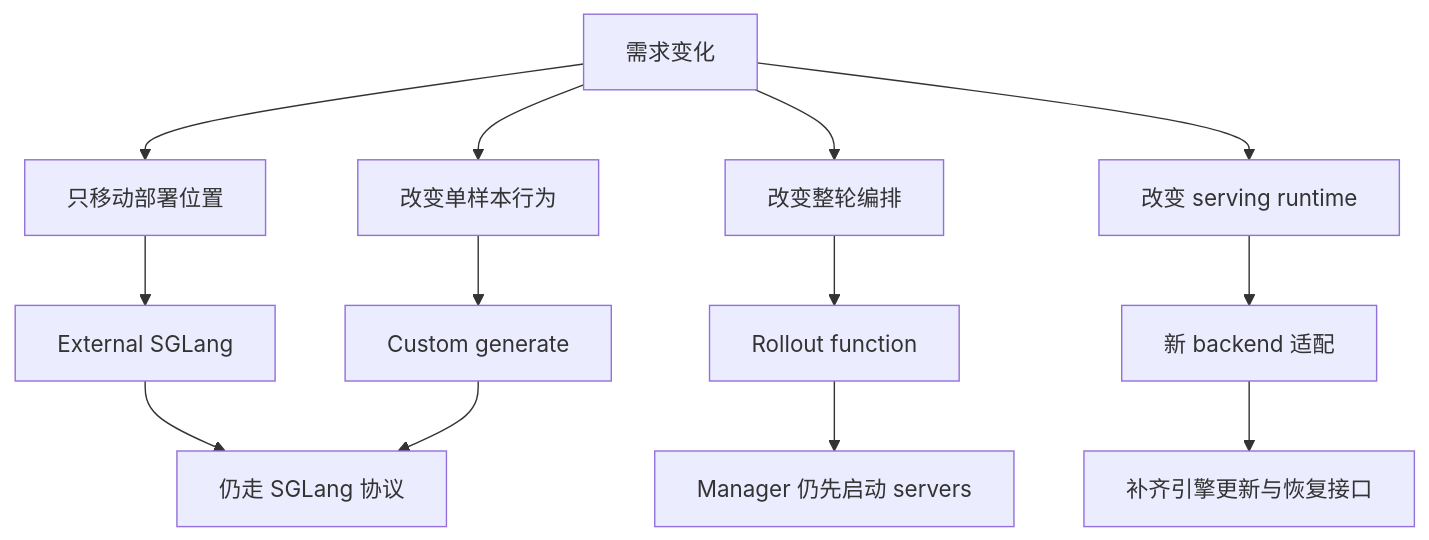
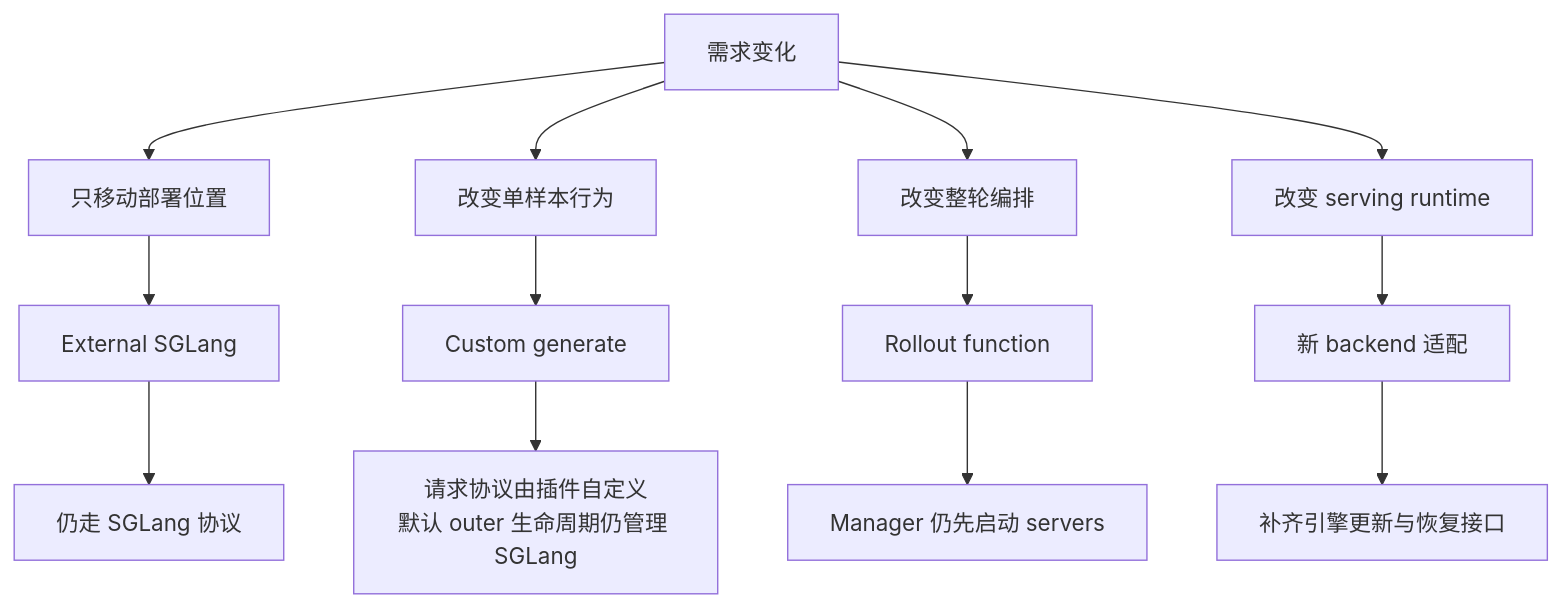
Before and after one commit to suhaibo666/llm-knowledge: the first of 2 diagrams in wiki/02_engineering/04_posttrain_frameworks/slime/19_slime_rollout_backend_extension_analysis.md, drawn with Mermaid. The commit also changed other lines of this file and 27 other files, not shown here.

````diff
--- a/wiki/02_engineering/04_posttrain_frameworks/slime/19_slime_rollout_backend_extension_analysis.md
+++ b/wiki/02_engineering/04_posttrain_frameworks/slime/19_slime_rollout_backend_extension_analysis.md
@@ -31,15 +31,15 @@
 ```mermaid
 flowchart TB
     Q["需求变化"] --> D["只移动部署位置"]
     Q --> G["改变单样本行为"]
     Q --> O["改变整轮编排"]
     Q --> B["改变 serving runtime"]
     D --> ES["External SGLang"]
     G --> CG["Custom generate"]
     O --> RF["Rollout function"]
     B --> NB["新 backend 适配"]
     ES --> SP["仍走 SGLang 协议"]
-    CG --> SP
+    CG --> CP["请求协议由插件自定义<br/>默认 outer 生命周期仍管理 SGLang"]
     RF --> MS["Manager 仍先启动 servers"]
     NB --> BC["补齐引擎更新与恢复接口"]
 ```
````
